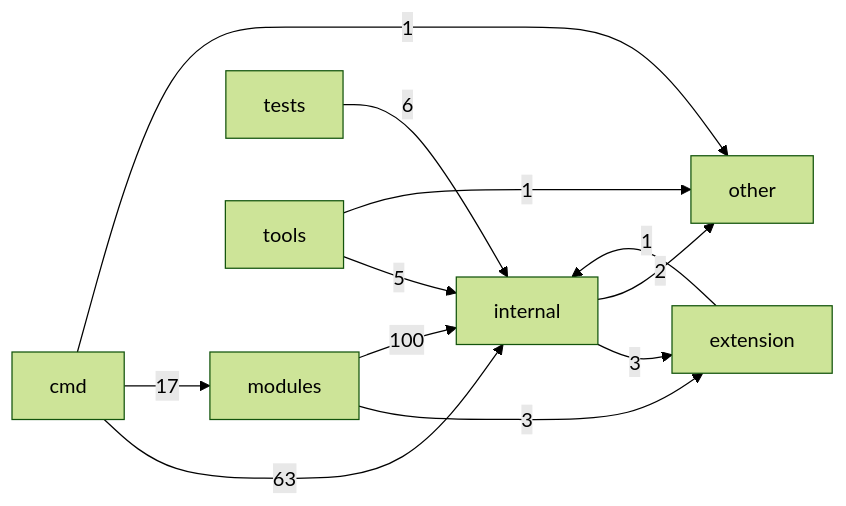
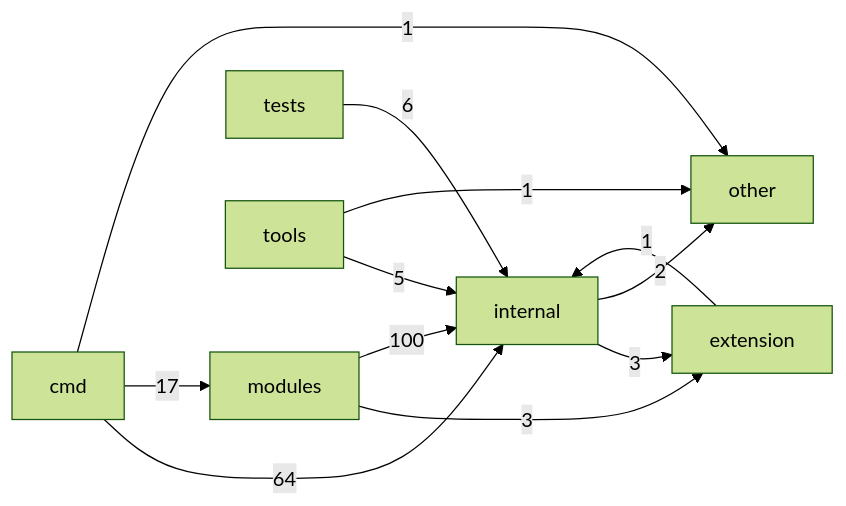
Before and after one commit to hydrohq/hydrogo: the diagram in docs/architecture/CODEMAP.md, drawn with Mermaid (forest theme). The commit also changed other lines of this file and 12 other files, not shown here.

````diff
--- a/docs/architecture/CODEMAP.md
+++ b/docs/architecture/CODEMAP.md
@@ -24,14 +24,14 @@
 ```mermaid
 flowchart LR
-  cmd -->|63| internal
+  cmd -->|64| internal
   cmd -->|17| modules
   cmd -->|1| other
   extension -->|1| internal
   internal -->|3| extension
   internal -->|2| other
   modules -->|3| extension
   modules -->|100| internal
   tests -->|6| internal
   tools -->|5| internal
   tools -->|1| other
 ```
````
